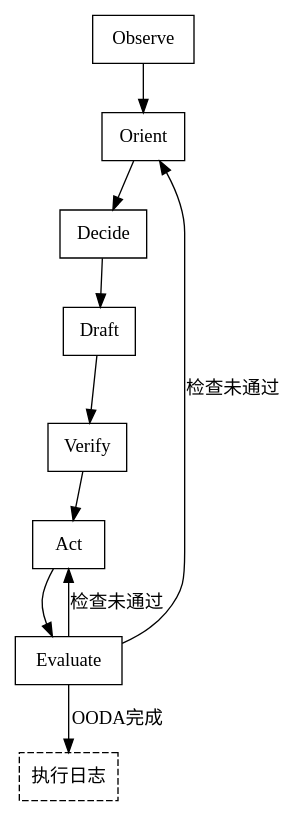
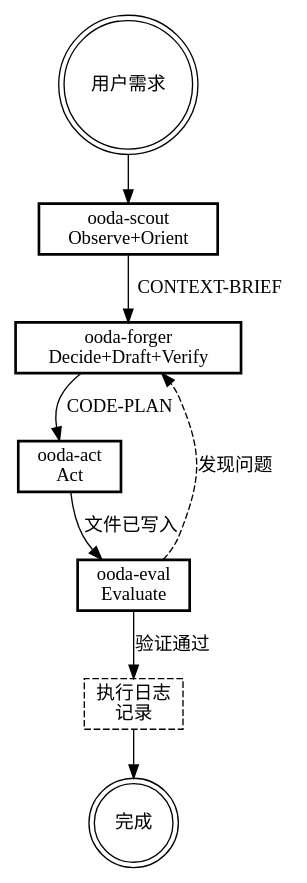
Before and after one commit to synuwxy/lunbian: the diagram in skills/ooda-coder/SKILL.md, drawn with Graphviz. The commit also changed other lines of this file and 11 other files, not shown here.

````diff
--- a/skills/ooda-coder/SKILL.md
+++ b/skills/ooda-coder/SKILL.md
@@ -57,22 +36,22 @@
 ```dot
-digraph ooda_coder {
-    "Observe" [shape=box];
-    "Orient" [shape=box];
-    "Decide" [shape=box];
-    "Draft" [shape=box];
-    "Verify" [shape=box];
-    "Act" [shape=box];
-    "Evaluate" [shape=box];
-    "执行日志" [shape=box, style=dashed];
+digraph ooda {
+    rankdir=TB;
+    node [shape=box];
 
-    "Observe" -> "Orient";
-    "Orient" -> "Decide";
-    "Decide" -> "Draft";
-    "Draft" -> "Verify";
-    "Verify" -> "Act";
-    "Act" -> "Evaluate";
-    "Evaluate" -> "执行日志" [label="OODA完成"];
-    "Evaluate" -> "Orient" [label="检查未通过"];
-    "Evaluate" -> "Act" [label="检查未通过"];
+    start [label="用户需求" shape=doublecircle];
+    scout [label="ooda-scout\nObserve+Orient" style=bold];
+    forger [label="ooda-forger\nDecide+Draft+Verify" style=bold];
+    act [label="ooda-act\nAct" style=bold];
+    eval [label="ooda-eval\nEvaluate" style=bold];
+    log [label="执行日志\n记录" style=dashed];
+    end [label="完成" shape=doublecircle];
+
+    start -> scout;
+    scout -> forger [label="CONTEXT-BRIEF"];
+    forger -> act [label="CODE-PLAN"];
+    act -> eval [label="文件已写入"];
+    eval -> log [label="验证通过"];
+    eval -> forger [label="发现问题" style=dashed];
+    log -> end;
 }
 ```
````
